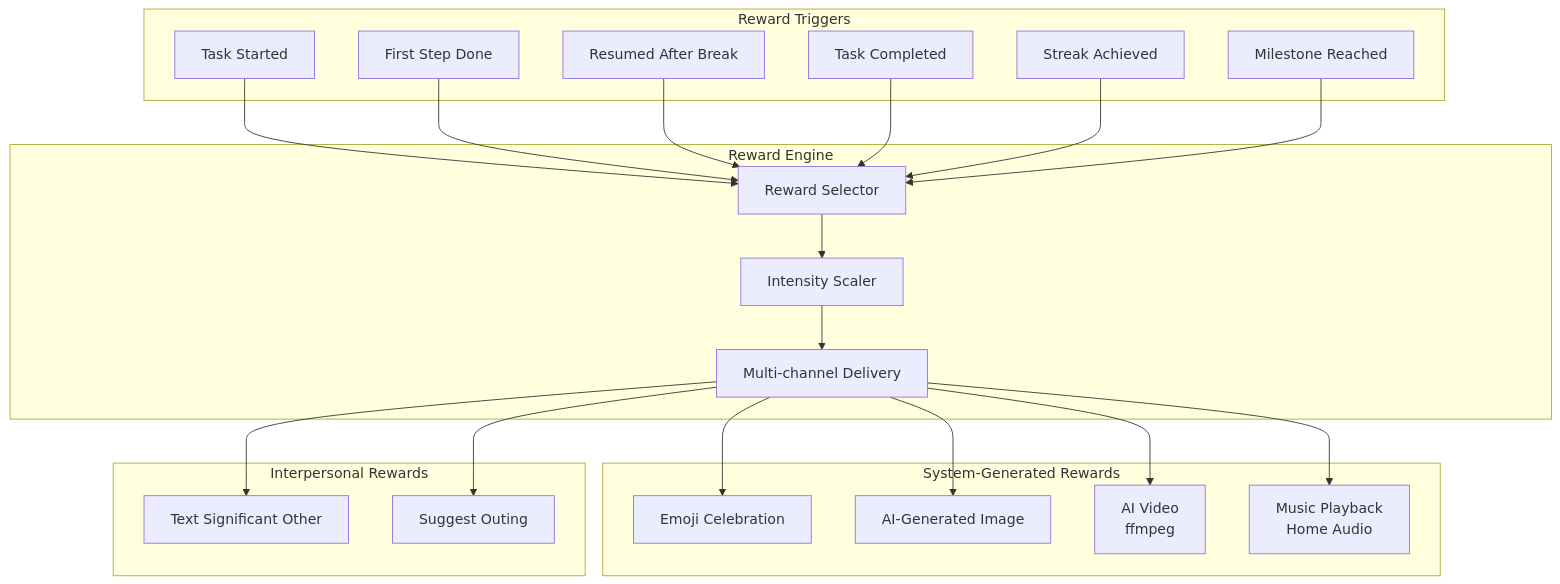
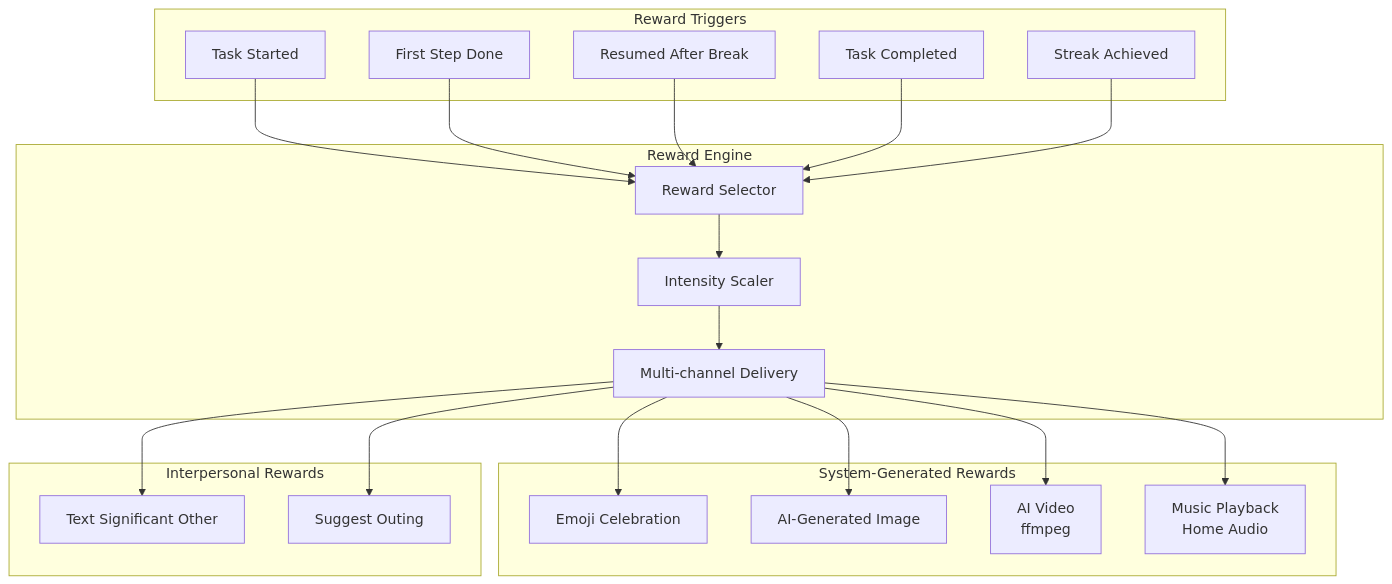
The second of 17 diagrams in docs/reward-system.md (NickBorgersProbably/hide-my-list), drawn with Mermaid before and after one commit. The commit also changed other lines of this file and 25 other files, not shown here.

````diff
--- a/docs/reward-system.md
+++ b/docs/reward-system.md
@@ -57,46 +57,44 @@
 ```mermaid
 flowchart TB
     subgraph Trigger["Reward Triggers"]
         Initiation[Task Started]
         FirstStep[First Step Done]
         Resume[Resumed After Break]
         Complete[Task Completed]
         Streak[Streak Achieved]
-        Milestone[Milestone Reached]
     end
 
     subgraph Engine["Reward Engine"]
         Select[Reward Selector]
         Scale[Intensity Scaler]
         Deliver[Multi-channel Delivery]
     end
 
     subgraph SystemRewards["System-Generated Rewards"]
         Emoji[Emoji Celebration]
         Image[AI-Generated Image]
         Video[AI Video<br/>ffmpeg]
         Music[Music Playback<br/>Home Audio]
     end
 
     subgraph InterpersonalRewards["Interpersonal Rewards"]
         TextSO[Text Significant Other]
         Outing[Suggest Outing]
     end
 
     Initiation --> Select
     FirstStep --> Select
     Resume --> Select
     Complete --> Select
     Streak --> Select
-    Milestone --> Select
 
     Select --> Scale
     Scale --> Deliver
 
     Deliver --> Emoji
     Deliver --> Image
     Deliver --> Video
     Deliver --> Music
     Deliver --> TextSO
     Deliver --> Outing
 ```
````
